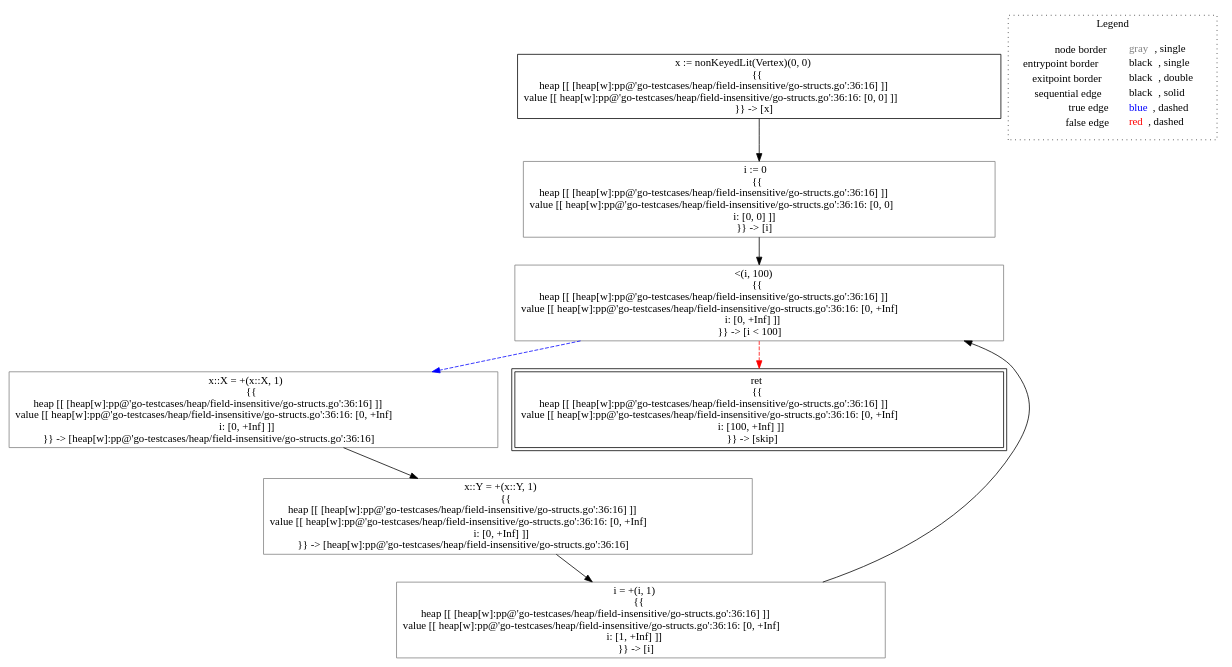
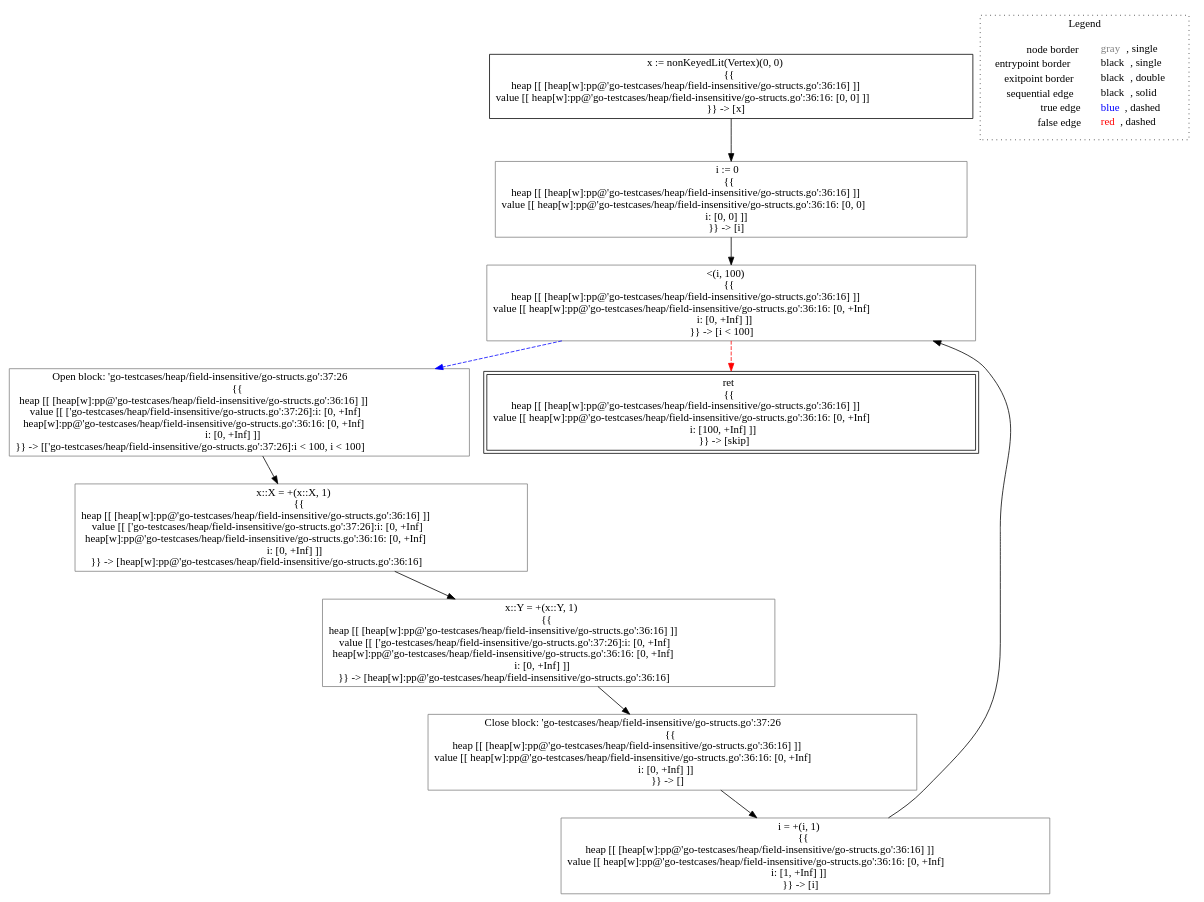
One commit to lisa-analyzer/go-lisa changed the diagram in go-lisa/go-testcases/heap/field-insensitive/analysis___untyped_~LiSAProgram.forAlloc().dot. Above: the diagram before and after it, drawn with Graphviz. The commit also changed 69 other files, not shown here.

```diff
--- a/go-lisa/go-testcases/heap/field-insensitive/analysis___untyped_~LiSAProgram.forAlloc().dot
+++ b/go-lisa/go-testcases/heap/field-insensitive/analysis___untyped_~LiSAProgram.forAlloc().dot
@@ -1,23 +1,27 @@
 digraph {
 	"node0" [shape="rect",color="black",label=<x := nonKeyedLit(Vertex)(0, 0)<BR/>{{<BR/>heap [[ [heap[w]:pp@'go-testcases/heap/field-insensitive/go-structs.go':36:16] ]]<BR/>value [[ heap[w]:pp@'go-testcases/heap/field-insensitive/go-structs.go':36:16: [0, 0] ]]<BR/>}} -&gt; [x]>];
 	"node1" [shape="rect",color="gray",label=<&lt;(i, 100)<BR/>{{<BR/>heap [[ [heap[w]:pp@'go-testcases/heap/field-insensitive/go-structs.go':36:16] ]]<BR/>value [[ heap[w]:pp@'go-testcases/heap/field-insensitive/go-structs.go':36:16: [0, +Inf]<BR/>i: [0, +Inf] ]]<BR/>}} -&gt; [i &lt; 100]>];
-	"node2" [shape="rect",color="gray",label=<i := 0<BR/>{{<BR/>heap [[ [heap[w]:pp@'go-testcases/heap/field-insensitive/go-structs.go':36:16] ]]<BR/>value [[ heap[w]:pp@'go-testcases/heap/field-insensitive/go-structs.go':36:16: [0, 0]<BR/>i: [0, 0] ]]<BR/>}} -&gt; [i]>];
-	"node3" [shape="rect",color="gray",label=<x::Y = +(x::Y, 1)<BR/>{{<BR/>heap [[ [heap[w]:pp@'go-testcases/heap/field-insensitive/go-structs.go':36:16] ]]<BR/>value [[ heap[w]:pp@'go-testcases/heap/field-insensitive/go-structs.go':36:16: [0, +Inf]<BR/>i: [0, +Inf] ]]<BR/>}} -&gt; [heap[w]:pp@'go-testcases/heap/field-insensitive/go-structs.go':36:16]>];
-	"node4" [shape="rect",color="gray",label=<x::X = +(x::X, 1)<BR/>{{<BR/>heap [[ [heap[w]:pp@'go-testcases/heap/field-insensitive/go-structs.go':36:16] ]]<BR/>value [[ heap[w]:pp@'go-testcases/heap/field-insensitive/go-structs.go':36:16: [0, +Inf]<BR/>i: [0, +Inf] ]]<BR/>}} -&gt; [heap[w]:pp@'go-testcases/heap/field-insensitive/go-structs.go':36:16]>];
-	"node5" [shape="rect",color="gray",label=<i = +(i, 1)<BR/>{{<BR/>heap [[ [heap[w]:pp@'go-testcases/heap/field-insensitive/go-structs.go':36:16] ]]<BR/>value [[ heap[w]:pp@'go-testcases/heap/field-insensitive/go-structs.go':36:16: [0, +Inf]<BR/>i: [1, +Inf] ]]<BR/>}} -&gt; [i]>];
-	"node6" [shape="rect",color="black",peripheries="2",label=<ret<BR/>{{<BR/>heap [[ [heap[w]:pp@'go-testcases/heap/field-insensitive/go-structs.go':36:16] ]]<BR/>value [[ heap[w]:pp@'go-testcases/heap/field-insensitive/go-structs.go':36:16: [0, +Inf]<BR/>i: [100, +Inf] ]]<BR/>}} -&gt; [skip]>];
-	"node1" -> "node4" [color="blue",style="dashed"];
-	"node1" -> "node6" [color="red",style="dashed"];
-	"node2" -> "node1" [color="black"];
-	"node3" -> "node5" [color="black"];
-	"node0" -> "node2" [color="black"];
-	"node4" -> "node3" [color="black"];
-	"node5" -> "node1" [color="black"];
+	"node2" [shape="rect",color="gray",label=<Close block: 'go-testcases/heap/field-insensitive/go-structs.go':37:26<BR/>{{<BR/>heap [[ [heap[w]:pp@'go-testcases/heap/field-insensitive/go-structs.go':36:16] ]]<BR/>value [[ heap[w]:pp@'go-testcases/heap/field-insensitive/go-structs.go':36:16: [0, +Inf]<BR/>i: [0, +Inf] ]]<BR/>}} -&gt; []>];
+	"node3" [shape="rect",color="gray",label=<i := 0<BR/>{{<BR/>heap [[ [heap[w]:pp@'go-testcases/heap/field-insensitive/go-structs.go':36:16] ]]<BR/>value [[ heap[w]:pp@'go-testcases/heap/field-insensitive/go-structs.go':36:16: [0, 0]<BR/>i: [0, 0] ]]<BR/>}} -&gt; [i]>];
+	"node4" [shape="rect",color="gray",label=<i = +(i, 1)<BR/>{{<BR/>heap [[ [heap[w]:pp@'go-testcases/heap/field-insensitive/go-structs.go':36:16] ]]<BR/>value [[ heap[w]:pp@'go-testcases/heap/field-insensitive/go-structs.go':36:16: [0, +Inf]<BR/>i: [1, +Inf] ]]<BR/>}} -&gt; [i]>];
+	"node5" [shape="rect",color="gray",label=<x::Y = +(x::Y, 1)<BR/>{{<BR/>heap [[ [heap[w]:pp@'go-testcases/heap/field-insensitive/go-structs.go':36:16] ]]<BR/>value [[ ['go-testcases/heap/field-insensitive/go-structs.go':37:26]:i: [0, +Inf]<BR/>heap[w]:pp@'go-testcases/heap/field-insensitive/go-structs.go':36:16: [0, +Inf]<BR/>i: [0, +Inf] ]]<BR/>}} -&gt; [heap[w]:pp@'go-testcases/heap/field-insensitive/go-structs.go':36:16]>];
+	"node6" [shape="rect",color="gray",label=<x::X = +(x::X, 1)<BR/>{{<BR/>heap [[ [heap[w]:pp@'go-testcases/heap/field-insensitive/go-structs.go':36:16] ]]<BR/>value [[ ['go-testcases/heap/field-insensitive/go-structs.go':37:26]:i: [0, +Inf]<BR/>heap[w]:pp@'go-testcases/heap/field-insensitive/go-structs.go':36:16: [0, +Inf]<BR/>i: [0, +Inf] ]]<BR/>}} -&gt; [heap[w]:pp@'go-testcases/heap/field-insensitive/go-structs.go':36:16]>];
+	"node7" [shape="rect",color="gray",label=<Open block: 'go-testcases/heap/field-insensitive/go-structs.go':37:26<BR/>{{<BR/>heap [[ [heap[w]:pp@'go-testcases/heap/field-insensitive/go-structs.go':36:16] ]]<BR/>value [[ ['go-testcases/heap/field-insensitive/go-structs.go':37:26]:i: [0, +Inf]<BR/>heap[w]:pp@'go-testcases/heap/field-insensitive/go-structs.go':36:16: [0, +Inf]<BR/>i: [0, +Inf] ]]<BR/>}} -&gt; [['go-testcases/heap/field-insensitive/go-structs.go':37:26]:i &lt; 100, i &lt; 100]>];
+	"node8" [shape="rect",color="black",peripheries="2",label=<ret<BR/>{{<BR/>heap [[ [heap[w]:pp@'go-testcases/heap/field-insensitive/go-structs.go':36:16] ]]<BR/>value [[ heap[w]:pp@'go-testcases/heap/field-insensitive/go-structs.go':36:16: [0, +Inf]<BR/>i: [100, +Inf] ]]<BR/>}} -&gt; [skip]>];
+	"node1" -> "node8" [color="red",style="dashed"];
+	"node1" -> "node7" [color="blue",style="dashed"];
+	"node2" -> "node4" [color="black"];
+	"node3" -> "node1" [color="black"];
+	"node0" -> "node3" [color="black"];
+	"node4" -> "node1" [color="black"];
+	"node5" -> "node2" [color="black"];
+	"node6" -> "node5" [color="black"];
+	"node7" -> "node6" [color="black"];
 subgraph cluster_legend {
 	label="Legend";
 	style=dotted;
 	node [shape=plaintext];
 	"legend" [label=<<table border="0" cellpadding="2" cellspacing="0" cellborder="0"><tr><td align="right">node border&nbsp;</td><td align="left"><font color="gray">gray</font>, single</td></tr><tr><td align="right">entrypoint border&nbsp;</td><td align="left"><font color="black">black</font>, single</td></tr><tr><td align="right">exitpoint border&nbsp;</td><td align="left"><font color="black">black</font>, double</td></tr><tr><td align="right">sequential edge&nbsp;</td><td align="left"><font color="black">black</font>, solid</td></tr><tr><td align="right">true edge&nbsp;</td><td align="left"><font color="blue">blue</font>, dashed</td></tr><tr><td align="right">false edge&nbsp;</td><td align="left"><font color="red">red</font>, dashed</td></tr></table>>];
 }
 
 }
```
